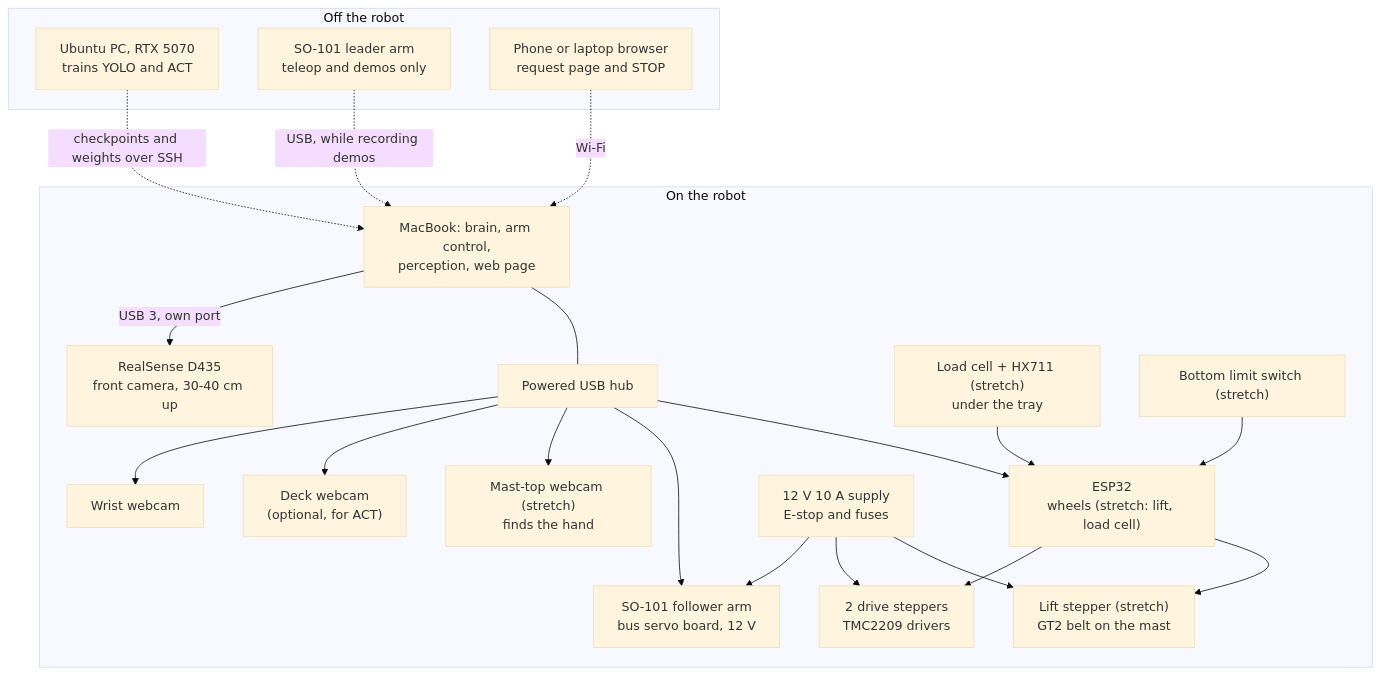
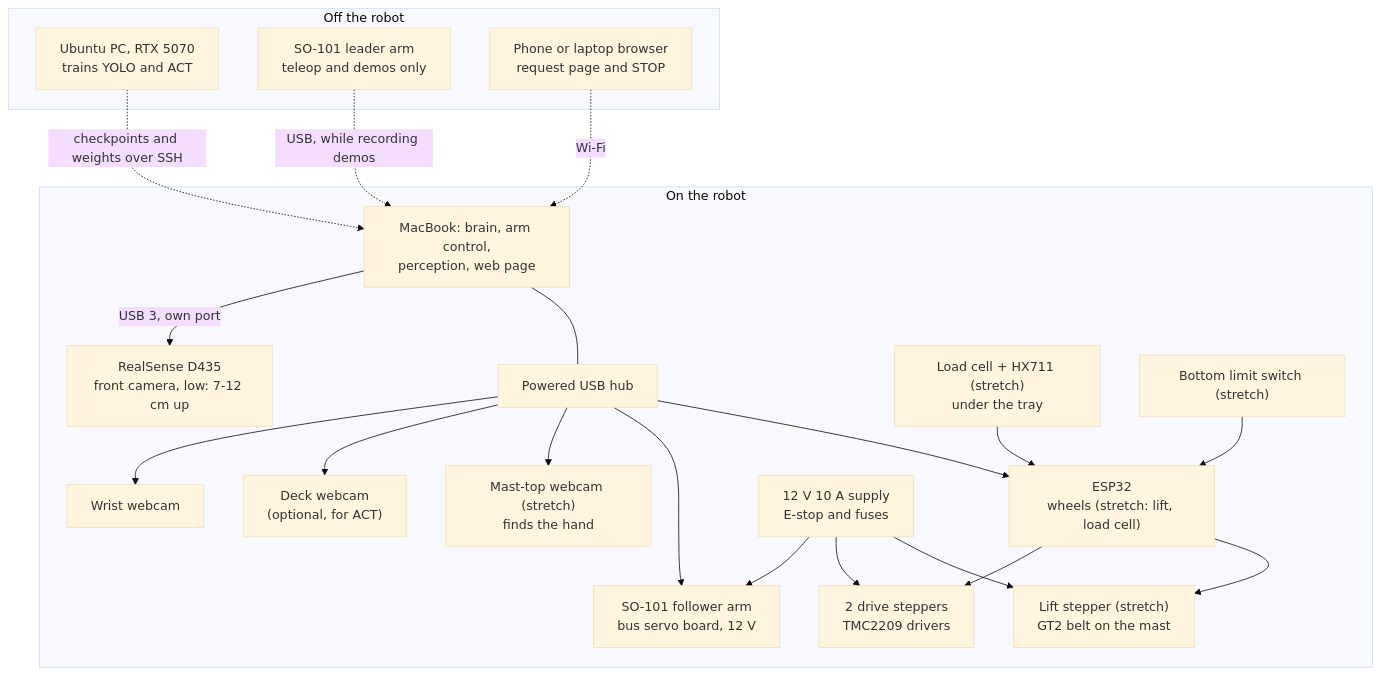
Before and after one commit to aarooshpravici/AutoPick-CalHacks: the third of 12 diagrams in plan.md, drawn with Mermaid (base theme). The commit also changed other lines of this file, not shown here.

First line of the commit message:
Plan: record two driven + two fixed wheels and the low front camera

````diff
--- a/plan.md
+++ b/plan.md
@@ -121,40 +121,40 @@
 ```mermaid
 flowchart TB
     subgraph OFF["Off the robot"]
         PC["Ubuntu PC, RTX 5070<br/>trains YOLO and ACT"]
         LEADER["SO-101 leader arm<br/>teleop and demos only"]
         BROWSER["Phone or laptop browser<br/>request page and STOP"]
     end
     subgraph ROBOT["On the robot"]
         MAC["MacBook: brain, arm control,<br/>perception, web page"]
         HUB["Powered USB hub"]
-        RS["RealSense D435<br/>front camera, 30-40 cm up"]
+        RS["RealSense D435<br/>front camera, low: 7-12 cm up"]
         WRIST["Wrist webcam"]
         SCENE["Deck webcam<br/>(optional, for ACT)"]
         TOP["Mast-top webcam (stretch)<br/>finds the hand"]
         ARM["SO-101 follower arm<br/>bus servo board, 12 V"]
         ESP["ESP32<br/>wheels (stretch: lift, load cell)"]
         DRV["2 drive steppers<br/>TMC2209 drivers"]
         LIFT["Lift stepper (stretch)<br/>GT2 belt on the mast"]
         LOAD["Load cell + HX711 (stretch)<br/>under the tray"]
         LIM["Bottom limit switch (stretch)"]
         PWR["12 V 10 A supply<br/>E-stop and fuses"]
     end
     MAC -->|"USB 3, own port"| RS
     MAC --- HUB
     HUB --> WRIST
     HUB --> SCENE
     HUB --> TOP
     HUB --> ARM
     HUB --> ESP
     ESP --> DRV
     ESP --> LIFT
     LOAD --> ESP
     LIM --> ESP
     PWR --> ARM
     PWR --> DRV
     PWR --> LIFT
     PC -.->|"checkpoints and weights over SSH"| MAC
     LEADER -.->|"USB, while recording demos"| MAC
     BROWSER -.->|"Wi-Fi"| MAC
 ```
````
